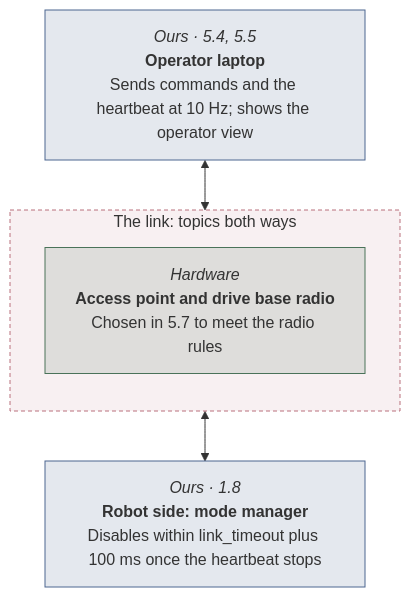
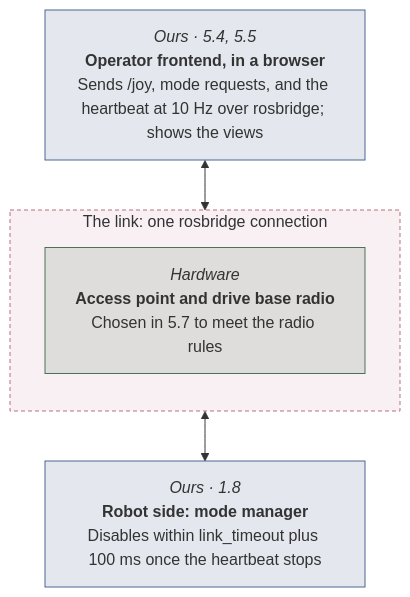
One commit to STAR-Robotics-Team/starrt-luna-software changed diagram 30 of 30 in docs/design/hardware-test-modes.md. Above: the diagram before and after it, drawn with Mermaid. The commit also changed other lines of this file and 3 other files, not shown here.

First line of the commit message:
Match the design docs to the rosbridge operator station

````diff
--- a/docs/design/hardware-test-modes.md
+++ b/docs/design/hardware-test-modes.md
@@ -1446,31 +1446,31 @@
 ```mermaid
 ---
 config:
   flowchart:
     wrappingWidth: 260
 ---
 flowchart TB
   b1["`*Ours · 5.4, 5.5*
-**Operator laptop**
-Sends commands and the heartbeat at 10 Hz; shows the operator view`"]
-  subgraph band2["The link: topics both ways"]
+**Operator frontend, in a browser**
+Sends /joy, mode requests, and the heartbeat at 10 Hz over rosbridge; shows the views`"]
+  subgraph band2["The link: one rosbridge connection"]
     direction TB
     b3["`*Hardware*
 **Access point and drive base radio**
 Chosen in 5.7 to meet the radio rules`"]
   end
   b4["`*Ours · 1.8*
 **Robot side: mode manager**
 Disables within link_timeout plus 100 ms once the heartbeat stops`"]
   b1 <--> band2
   band2 <--> b4
   classDef ours fill:#4c669026,stroke:#4c6690
   classDef ros fill:#8b939c1f,stroke:#8b939c
   classDef stand fill:#b0844526,stroke:#b08445
   classDef hw fill:#4a725926,stroke:#4a7259
   classDef hwline fill:#b9707c26,stroke:#b9707c,stroke-dasharray:4 3
   classDef ghost fill:none,stroke:#8b939c,stroke-dasharray:4 4,color:#8b939c
   class b1,b4 ours
   class b3 hw
   style band2 fill:#b9707c1a,stroke:#b9707c,stroke-dasharray:4 3
 ```
````
